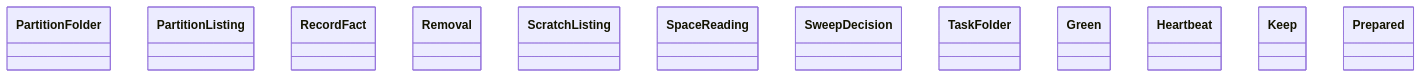
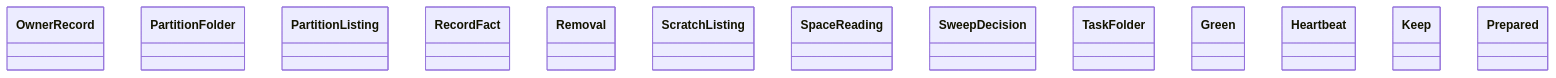
Before and after one commit to GonzaloZevallos/agentic-system: the diagram in docs/architecture/generated/classes-process-domain-machine-3.md, drawn with Mermaid. The commit also changed 5 other files, not shown here.

````diff
--- a/docs/architecture/generated/classes-process-domain-machine-3.md
+++ b/docs/architecture/generated/classes-process-domain-machine-3.md
@@ -33,15 +33,16 @@
 ```mermaid
 classDiagram
+    class scratch__OwnerRecord["OwnerRecord"]
     class scratch__PartitionFolder["PartitionFolder"]
     class scratch__PartitionListing["PartitionListing"]
     class scratch__RecordFact["RecordFact"]
     class scratch__Removal["Removal"]
     class scratch__ScratchListing["ScratchListing"]
     class scratch__SpaceReading["SpaceReading"]
     class scratch__SweepDecision["SweepDecision"]
     class scratch__TaskFolder["TaskFolder"]
     class stage0_rotation__Green["Green"]
     class stage0_rotation__Heartbeat["Heartbeat"]
     class stage0_rotation__Keep["Keep"]
     class stage0_rotation__Prepared["Prepared"]
 ```
````
